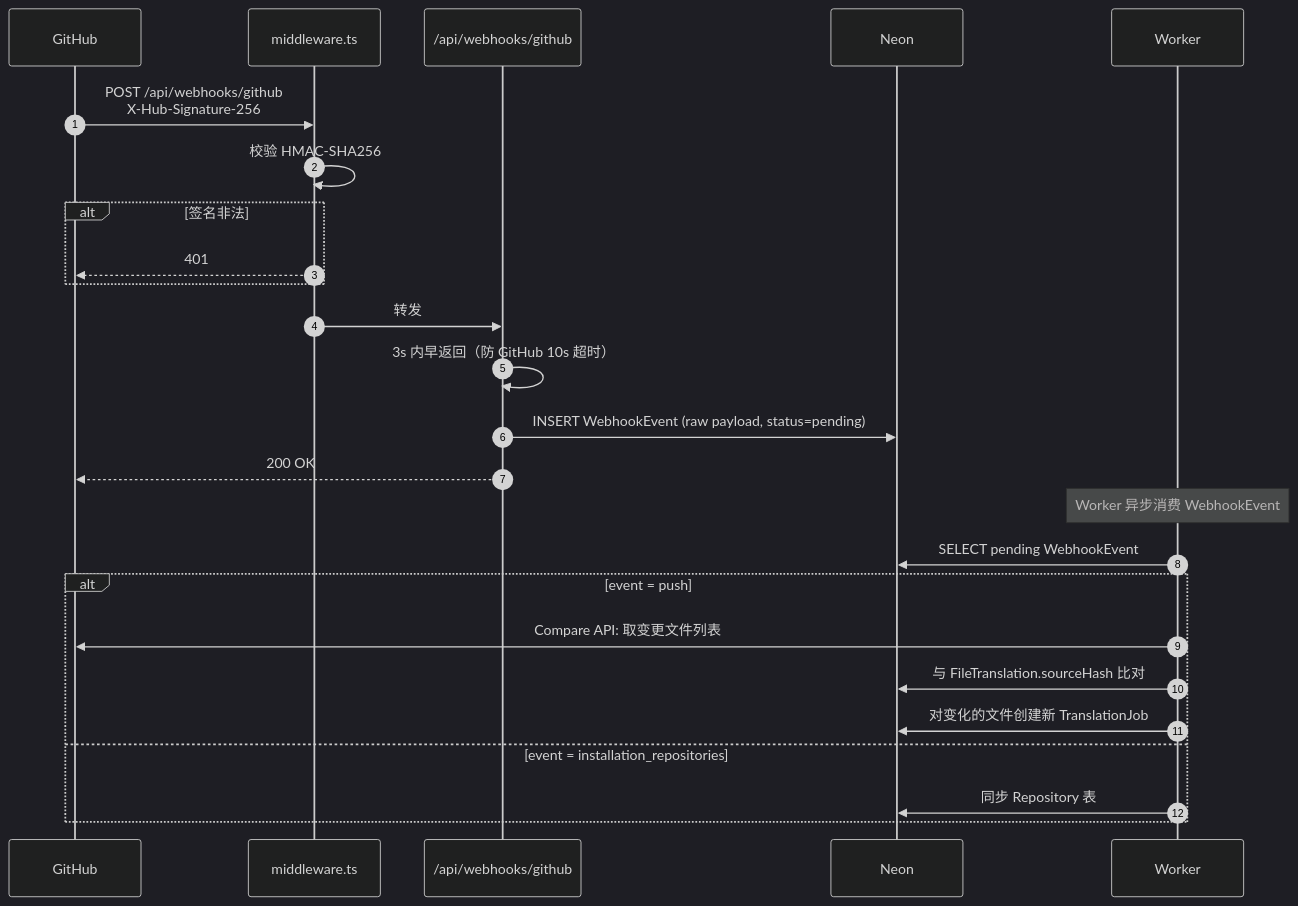
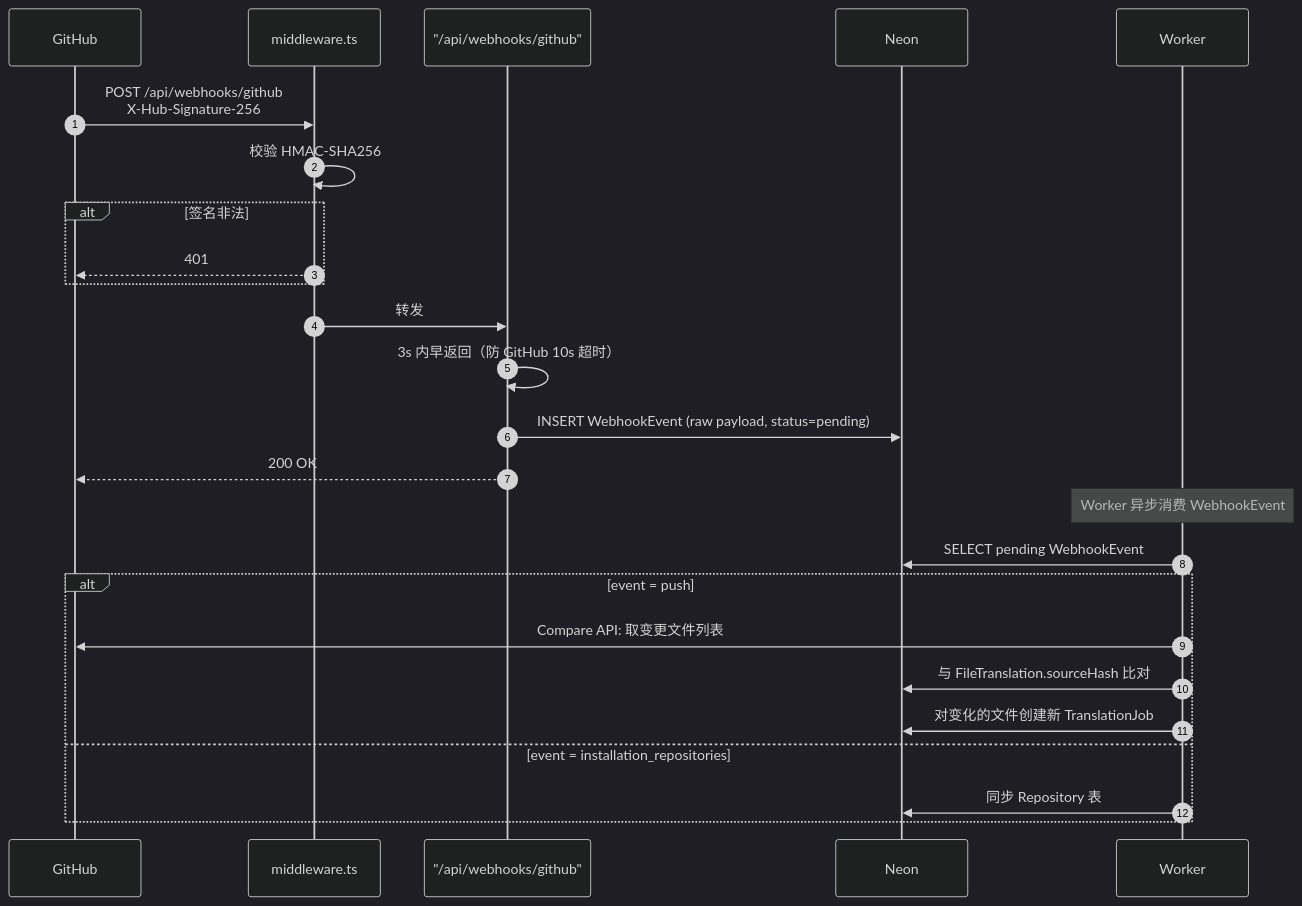
Before and after one commit to tryubest/github-global: the sixth of 12 diagrams in docs/TechDesign.md, drawn with Mermaid (dark theme). The commit also changed other lines of this file and 40 other files, not shown here.

````diff
--- a/docs/TechDesign.md
+++ b/docs/TechDesign.md
@@ -303,28 +303,28 @@
 ```mermaid
 sequenceDiagram
     autonumber
     participant GH as GitHub
     participant MW as middleware.ts
-    participant N as /api/webhooks/github
+    participant N as "/api/webhooks/github"
     participant DB as Neon
     participant W as Worker
 
     GH->>MW: POST /api/webhooks/github<br/>X-Hub-Signature-256
     MW->>MW: 校验 HMAC-SHA256
     alt 签名非法
         MW-->>GH: 401
     end
     MW->>N: 转发
     N->>N: 3s 内早返回（防 GitHub 10s 超时）
     N->>DB: INSERT WebhookEvent (raw payload, status=pending)
     N-->>GH: 200 OK
     Note over W: Worker 异步消费 WebhookEvent
     W->>DB: SELECT pending WebhookEvent
     alt event = push
         W->>GH: Compare API: 取变更文件列表
         W->>DB: 与 FileTranslation.sourceHash 比对
         W->>DB: 对变化的文件创建新 TranslationJob
     else event = installation_repositories
         W->>DB: 同步 Repository 表
     end
 ```
````
